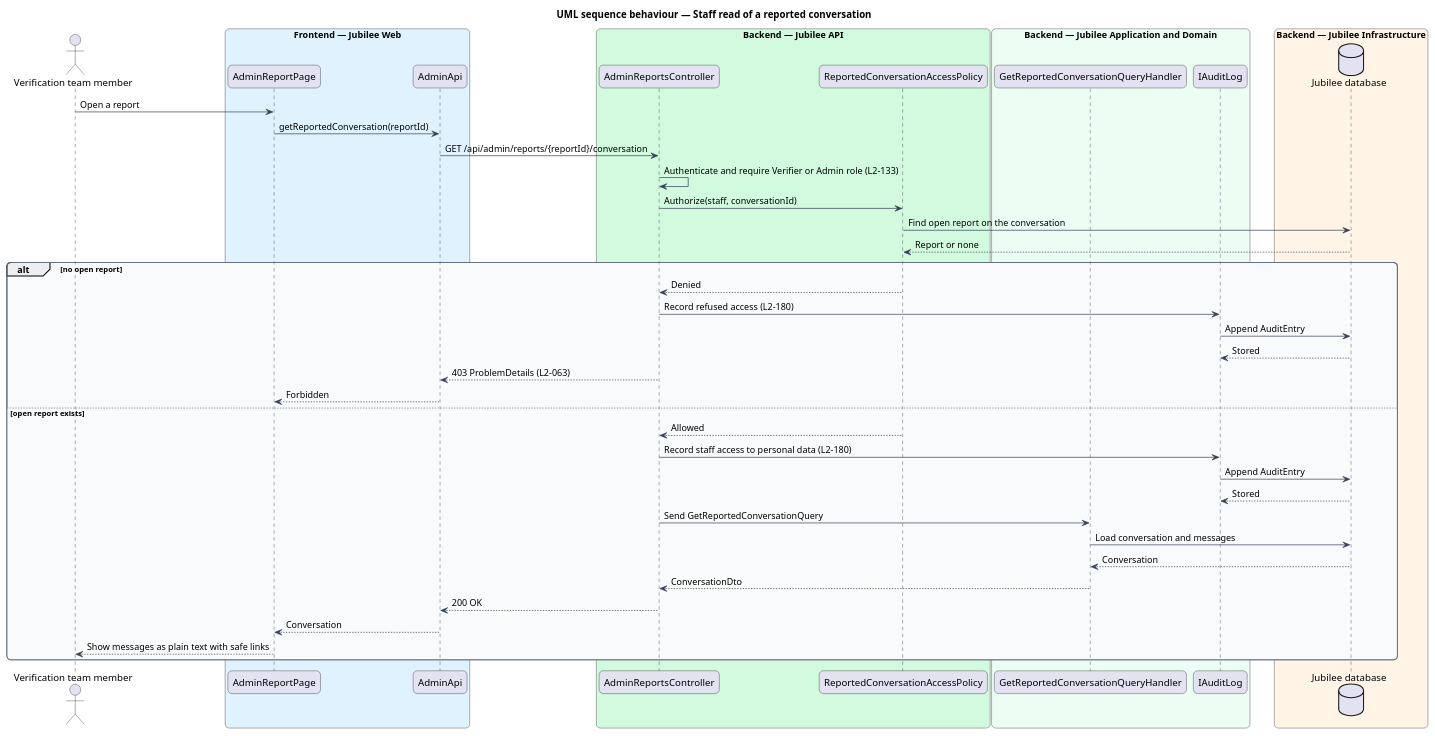
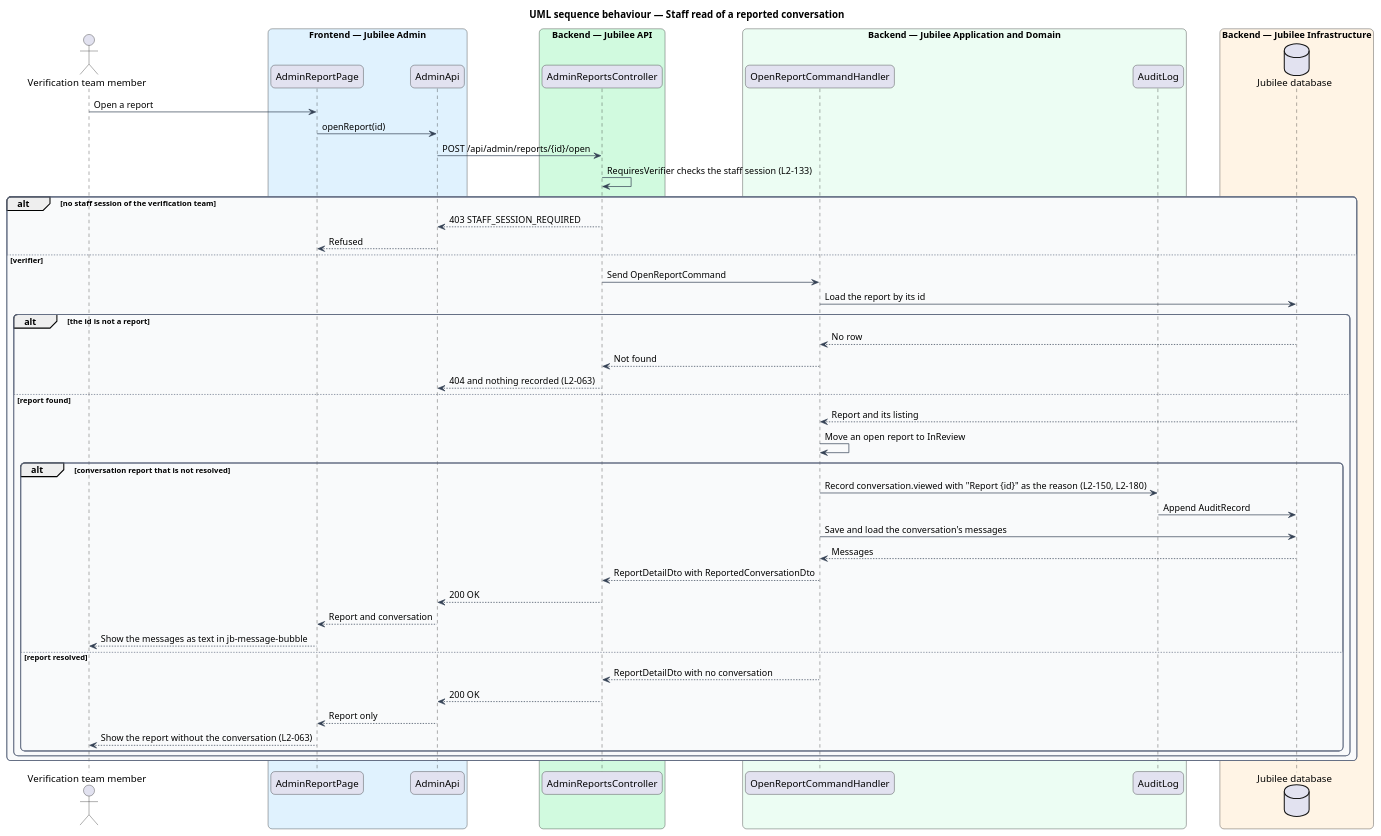
One commit to QuinntyneBrown/jubilee changed the diagram in docs/detailed-designs/messaging/report-conversation/diagrams/sequence-staff-read-reported-conversation.puml. Above: the diagram before and after it, drawn with PlantUML. The commit also changed 62 other files, not shown here.

```diff
--- a/docs/detailed-designs/messaging/report-conversation/diagrams/sequence-staff-read-reported-conversation.puml
+++ b/docs/detailed-designs/messaging/report-conversation/diagrams/sequence-staff-read-reported-conversation.puml
@@ -1,60 +1,66 @@
 @startuml
 title UML sequence behaviour — Staff read of a reported conversation
 skinparam backgroundColor #FFFFFF
 skinparam shadowing false
 skinparam roundcorner 12
 skinparam defaultFontName Arial
 skinparam ArrowColor #344054
 skinparam rectangle {
   BorderColor #344054
   FontColor #101828
 }
 skinparam package {
   BorderColor #667085
   FontColor #101828
   BackgroundColor #F9FAFB
 }
 actor "Verification team member" as verifier
-box "Frontend — Jubilee Web" #E0F2FE
+box "Frontend — Jubilee Admin" #E0F2FE
   participant "AdminReportPage" as page
   participant "AdminApi" as client
 end box
 box "Backend — Jubilee API" #D1FADF
   participant "AdminReportsController" as controller
-  participant "ReportedConversationAccessPolicy" as policy
 end box
 box "Backend — Jubilee Application and Domain" #ECFDF3
-  participant "GetReportedConversationQueryHandler" as handler
-  participant "IAuditLog" as audit
+  participant "OpenReportCommandHandler" as handler
+  participant "AuditLog" as audit
 end box
 box "Backend — Jubilee Infrastructure" #FFF4E5
   database "Jubilee database" as db
 end box
 verifier -> page : Open a report
-page -> client : getReportedConversation(reportId)
-client -> controller : GET /api/admin/reports/{reportId}/conversation
-controller -> controller : Authenticate and require Verifier or Admin role (L2-133)
-controller -> policy : Authorize(staff, conversationId)
-policy -> db : Find open report on the conversation
-db --> policy : Report or none
-alt no open report
-  policy --> controller : Denied
-  controller -> audit : Record refused access (L2-180)
-  audit -> db : Append AuditEntry
-  db --> audit : Stored
-  controller --> client : 403 ProblemDetails (L2-063)
-  client --> page : Forbidden
-else open report exists
-  policy --> controller : Allowed
-  controller -> audit : Record staff access to personal data (L2-180)
-  audit -> db : Append AuditEntry
-  db --> audit : Stored
-  controller -> handler : Send GetReportedConversationQuery
-  handler -> db : Load conversation and messages
-  db --> handler : Conversation
-  handler --> controller : ConversationDto
-  controller --> client : 200 OK
-  client --> page : Conversation
-  page --> verifier : Show messages as plain text with safe links
+page -> client : openReport(id)
+client -> controller : POST /api/admin/reports/{id}/open
+controller -> controller : RequiresVerifier checks the staff session (L2-133)
+alt no staff session of the verification team
+  controller --> client : 403 STAFF_SESSION_REQUIRED
+  client --> page : Refused
+else verifier
+  controller -> handler : Send OpenReportCommand
+  handler -> db : Load the report by its id
+  alt the id is not a report
+    db --> handler : No row
+    handler --> controller : Not found
+    controller --> client : 404 and nothing recorded (L2-063)
+  else report found
+    db --> handler : Report and its listing
+    handler -> handler : Move an open report to InReview
+    alt conversation report that is not resolved
+      handler -> audit : Record conversation.viewed with "Report {id}" as the reason (L2-150, L2-180)
+      audit -> db : Append AuditRecord
+      handler -> db : Save and load the conversation's messages
+      db --> handler : Messages
+      handler --> controller : ReportDetailDto with ReportedConversationDto
+      controller --> client : 200 OK
+      client --> page : Report and conversation
+      page --> verifier : Show the messages as text in jb-message-bubble
+    else report resolved
+      handler --> controller : ReportDetailDto with no conversation
+      controller --> client : 200 OK
+      client --> page : Report only
+      page --> verifier : Show the report without the conversation (L2-063)
+    end
+  end
 end
 @enduml
```
